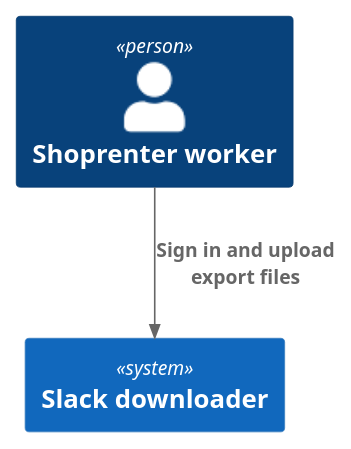
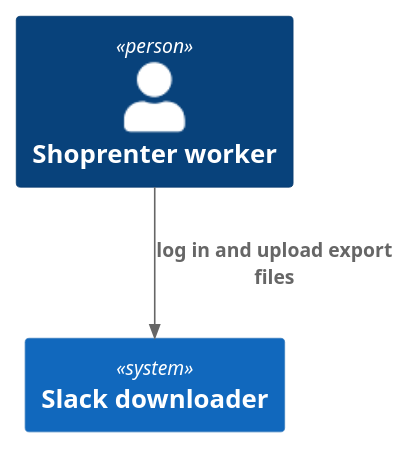
Before and after one commit to ngabesz/slackdownloader: the first of 3 diagrams in doc/slack_downloader.adoc, drawn with PlantUML. The commit also changed other lines of this file, not shown here.

```diff
--- a/doc/slack_downloader.adoc
+++ b/doc/slack_downloader.adoc
@@ -119,8 +119,8 @@
 [plantuml]
 ----
 !include https://raw.githubusercontent.com/plantuml-stdlib/C4-PlantUML/master/C4_Container.puml
 
 Person(worker, "Shoprenter worker")
 System(slackDownloader, "Slack downloader")
-Rel(worker, slackDownloader, "Sign in and upload export files")
+Rel(worker, slackDownloader, "log in and upload export files")
 ----
```
